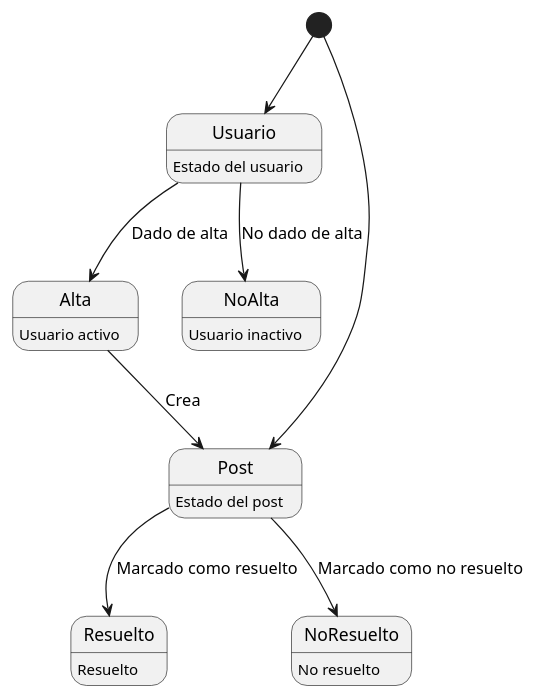
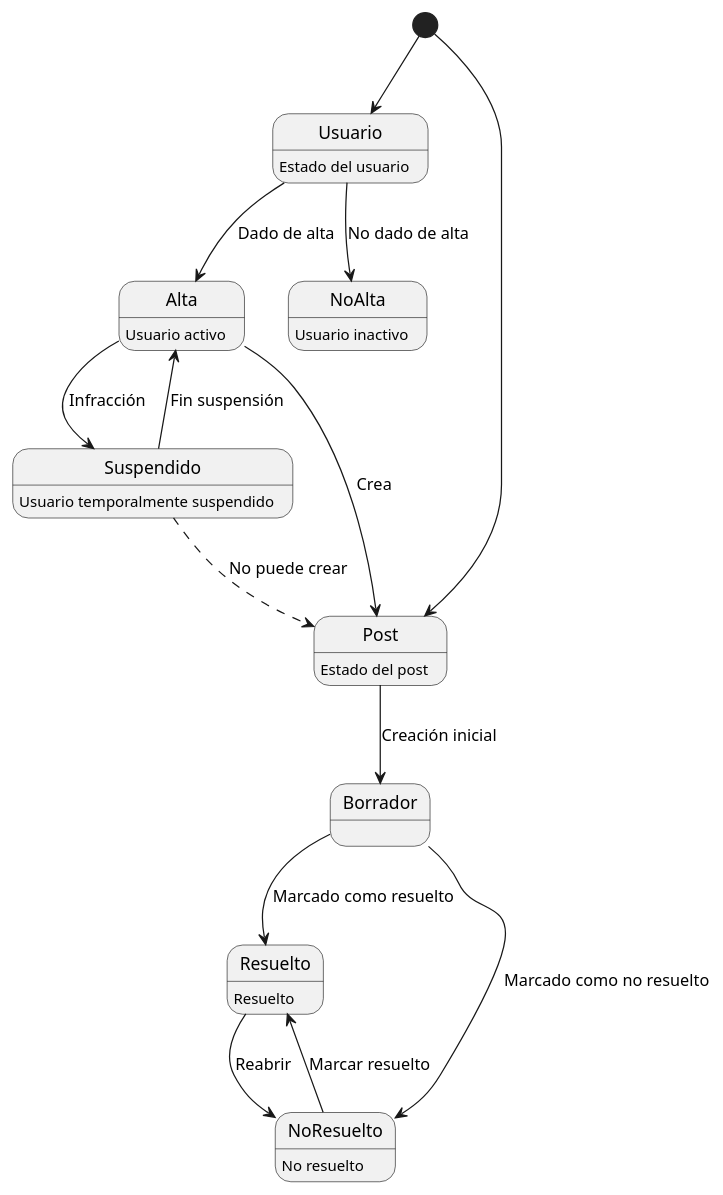
The diagram in modelosUML/Diagrama_Estados.puml (mmasias/24-25-IdSw1-SDR), drawn with PlantUML before and after one commit.

Commit message:
Update DiagramaEstados

```diff
--- a/modelosUML/Diagrama_Estados.puml
+++ b/modelosUML/Diagrama_Estados.puml
@@ -1,15 +1,23 @@
 @startuml
 [*] --> Usuario
 Usuario : Estado del usuario
 Usuario --> Alta : Dado de alta
 Usuario --> NoAlta : No dado de alta
 Alta : Usuario activo
 NoAlta : Usuario inactivo
+Alta --> Suspendido : Infracción
+Suspendido --> Alta : Fin suspensión
+Suspendido : Usuario temporalmente suspendido
+
 [*] --> Post
 Alta --> Post: Crea
+Suspendido -[dashed]-> Post: No puede crear
 Post : Estado del post
-Post --> Resuelto : Marcado como resuelto
-Post --> NoResuelto : Marcado como no resuelto
+Post --> Borrador : Creación inicial
+Borrador --> Resuelto : Marcado como resuelto
+Borrador --> NoResuelto : Marcado como no resuelto
 Resuelto : Resuelto
 NoResuelto : No resuelto
+NoResuelto --> Resuelto : Marcar resuelto
+Resuelto --> NoResuelto : Reabrir
 @enduml
```
